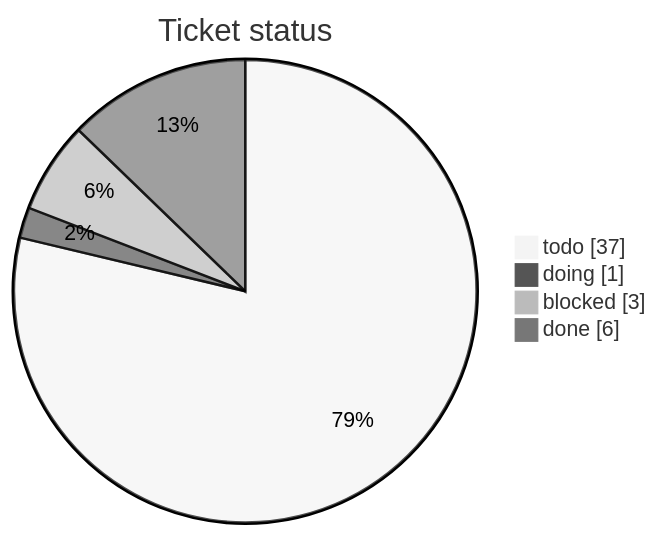
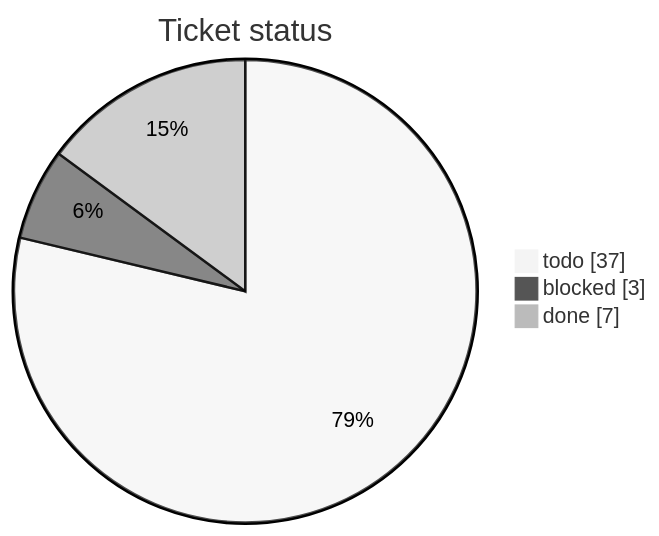
One commit to mohamed-soubhi/bootlab-esp changed the first of 3 diagrams in tickets/TICKETS.md. Above: the diagram before and after it, drawn with Mermaid (neutral theme). The commit also changed other lines of this file and 1 other file, not shown here.

Commit message:
BL-002 done (ticket status)

````diff
--- a/tickets/TICKETS.md
+++ b/tickets/TICKETS.md
@@ -10,7 +10,6 @@
 ```mermaid
 pie showData title Ticket status
     "todo" : 37
-    "doing" : 1
     "blocked" : 3
-    "done" : 6
+    "done" : 7
 ```
````
